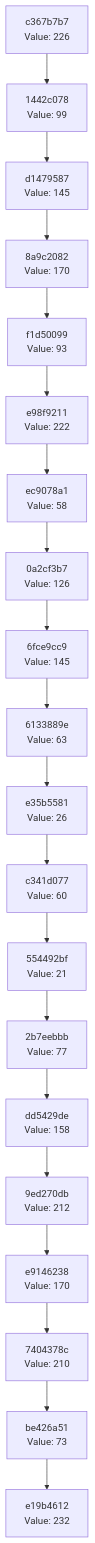
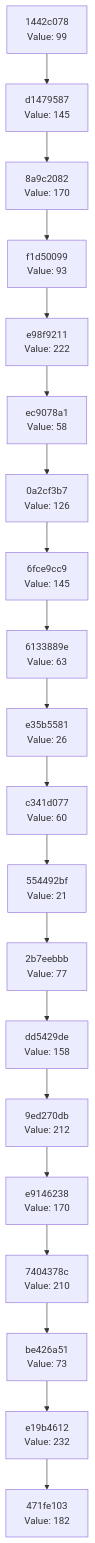
The diagram in docs/CHAIN_VISUALIZATION.md (Abhisheksinha1506/hash-chain-evolver), drawn with Mermaid before and after one commit. The commit also changed 3 other files, not shown here.

````diff
--- a/docs/CHAIN_VISUALIZATION.md
+++ b/docs/CHAIN_VISUALIZATION.md
@@ -3,42 +3,42 @@
 ```mermaid
 graph TD
-    C0["e19b4612<br/>Value: 232"]
-    C1["be426a51<br/>Value: 73"]
+    C0["471fe103<br/>Value: 182"]
+    C1["e19b4612<br/>Value: 232"]
     C1 --> C0
-    C2["7404378c<br/>Value: 210"]
+    C2["be426a51<br/>Value: 73"]
     C2 --> C1
-    C3["e9146238<br/>Value: 170"]
+    C3["7404378c<br/>Value: 210"]
     C3 --> C2
-    C4["9ed270db<br/>Value: 212"]
+    C4["e9146238<br/>Value: 170"]
     C4 --> C3
-    C5["dd5429de<br/>Value: 158"]
+    C5["9ed270db<br/>Value: 212"]
     C5 --> C4
-    C6["2b7eebbb<br/>Value: 77"]
+    C6["dd5429de<br/>Value: 158"]
     C6 --> C5
-    C7["554492bf<br/>Value: 21"]
+    C7["2b7eebbb<br/>Value: 77"]
     C7 --> C6
-    C8["c341d077<br/>Value: 60"]
+    C8["554492bf<br/>Value: 21"]
     C8 --> C7
-    C9["e35b5581<br/>Value: 26"]
+    C9["c341d077<br/>Value: 60"]
     C9 --> C8
-    C10["6133889e<br/>Value: 63"]
+    C10["e35b5581<br/>Value: 26"]
     C10 --> C9
-    C11["6fce9cc9<br/>Value: 145"]
+    C11["6133889e<br/>Value: 63"]
     C11 --> C10
-    C12["0a2cf3b7<br/>Value: 126"]
+    C12["6fce9cc9<br/>Value: 145"]
     C12 --> C11
-    C13["ec9078a1<br/>Value: 58"]
+    C13["0a2cf3b7<br/>Value: 126"]
     C13 --> C12
-    C14["e98f9211<br/>Value: 222"]
+    C14["ec9078a1<br/>Value: 58"]
     C14 --> C13
-    C15["f1d50099<br/>Value: 93"]
+    C15["e98f9211<br/>Value: 222"]
     C15 --> C14
-    C16["8a9c2082<br/>Value: 170"]
+    C16["f1d50099<br/>Value: 93"]
     C16 --> C15
-    C17["d1479587<br/>Value: 145"]
+    C17["8a9c2082<br/>Value: 170"]
     C17 --> C16
-    C18["1442c078<br/>Value: 99"]
+    C18["d1479587<br/>Value: 145"]
     C18 --> C17
-    C19["c367b7b7<br/>Value: 226"]
+    C19["1442c078<br/>Value: 99"]
     C19 --> C18
 ```
````
